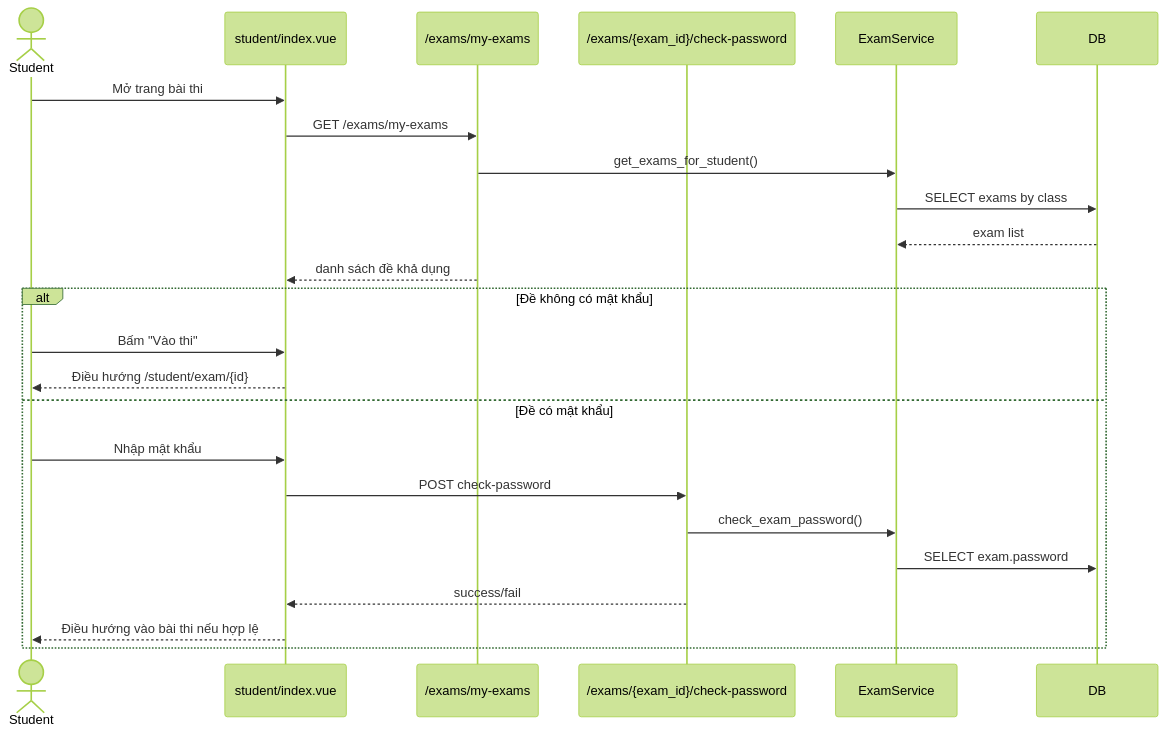
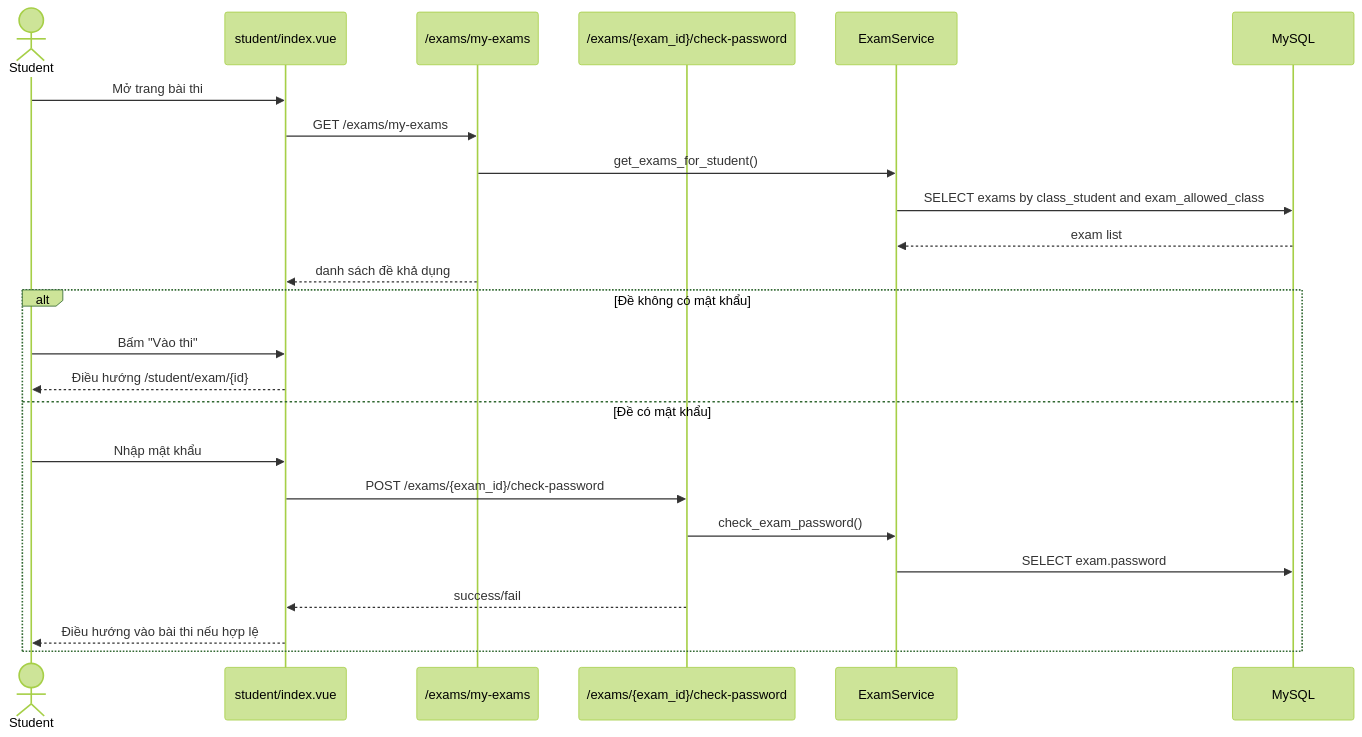
Before and after one commit to Tedomi2525/My_project: diagram 13 of 17 in docs/UML.md, drawn with Mermaid (forest theme). The commit also changed other lines of this file and 15 other files, not shown here.

First line of the commit message:
Add new documentation files including class diagram and project report

````diff
--- a/docs/UML.md
+++ b/docs/UML.md
@@ -883,28 +836,28 @@
 ```mermaid
 sequenceDiagram
 actor Student
-participant StudentHome as student/index.vue
+participant Home as student/index.vue
 participant ExamListAPI as /exams/my-exams
 participant PasswordAPI as /exams/{exam_id}/check-password
 participant ExamService
-participant DB
+participant DB as MySQL
 
-Student->>StudentHome: Mở trang bài thi
-StudentHome->>ExamListAPI: GET /exams/my-exams
+Student->>Home: Mở trang bài thi
+Home->>ExamListAPI: GET /exams/my-exams
 ExamListAPI->>ExamService: get_exams_for_student()
-ExamService->>DB: SELECT exams by class
+ExamService->>DB: SELECT exams by class_student and exam_allowed_class
 DB-->>ExamService: exam list
-ExamListAPI-->>StudentHome: danh sách đề khả dụng
+ExamListAPI-->>Home: danh sách đề khả dụng
 
 alt Đề không có mật khẩu
-  Student->>StudentHome: Bấm "Vào thi"
-  StudentHome-->>Student: Điều hướng /student/exam/{id}
+  Student->>Home: Bấm "Vào thi"
+  Home-->>Student: Điều hướng /student/exam/{id}
 else Đề có mật khẩu
-  Student->>StudentHome: Nhập mật khẩu
-  StudentHome->>PasswordAPI: POST check-password
+  Student->>Home: Nhập mật khẩu
+  Home->>PasswordAPI: POST /exams/{exam_id}/check-password
   PasswordAPI->>ExamService: check_exam_password()
   ExamService->>DB: SELECT exam.password
-  PasswordAPI-->>StudentHome: success/fail
-  StudentHome-->>Student: Điều hướng vào bài thi nếu hợp lệ
+  PasswordAPI-->>Home: success/fail
+  Home-->>Student: Điều hướng vào bài thi nếu hợp lệ
 end
 ```
````
